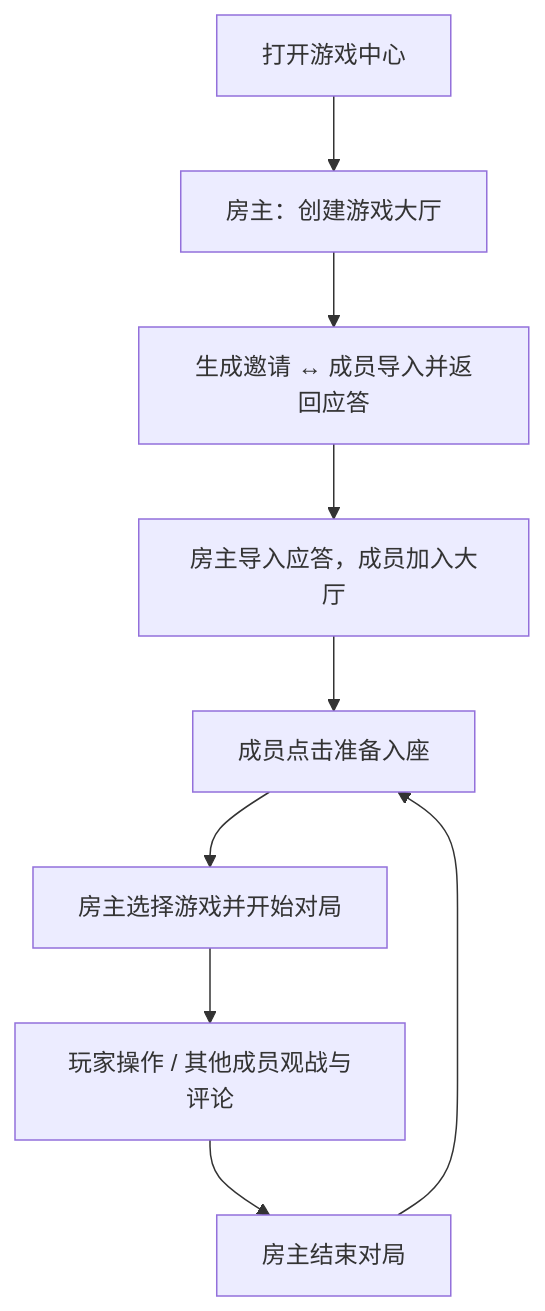
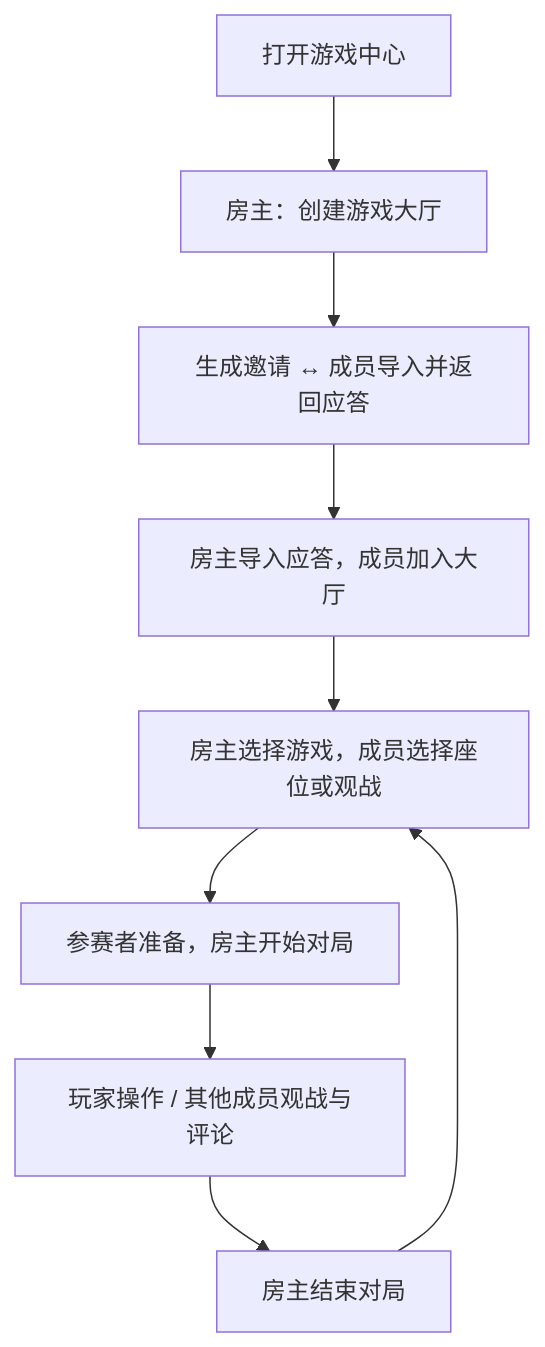
The second of 3 diagrams in README.md (xiaoblackmi/Blackmi-os), drawn with Mermaid before and after one commit. The commit also changed other lines of this file and 2 other files, not shown here.

````diff
--- a/README.md
+++ b/README.md
@@ -85,11 +93,11 @@
 ```mermaid
 flowchart TD
     A["打开游戏中心"] --> B["房主：创建游戏大厅"]
     B --> C["生成邀请 ↔ 成员导入并返回应答"]
     C --> D["房主导入应答，成员加入大厅"]
-    D --> E["成员点击准备入座"]
-    E --> F["房主选择游戏并开始对局"]
+    D --> E["房主选择游戏，成员选择座位或观战"]
+    E --> F["参赛者准备，房主开始对局"]
     F --> G["玩家操作 / 其他成员观战与评论"]
     G --> H["房主结束对局"]
     H --> E
 ```
````
